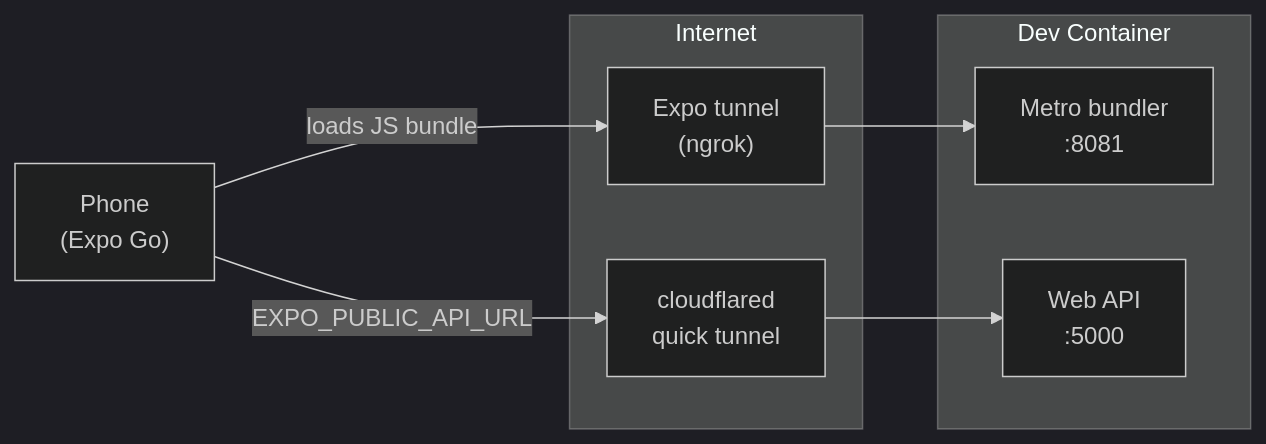
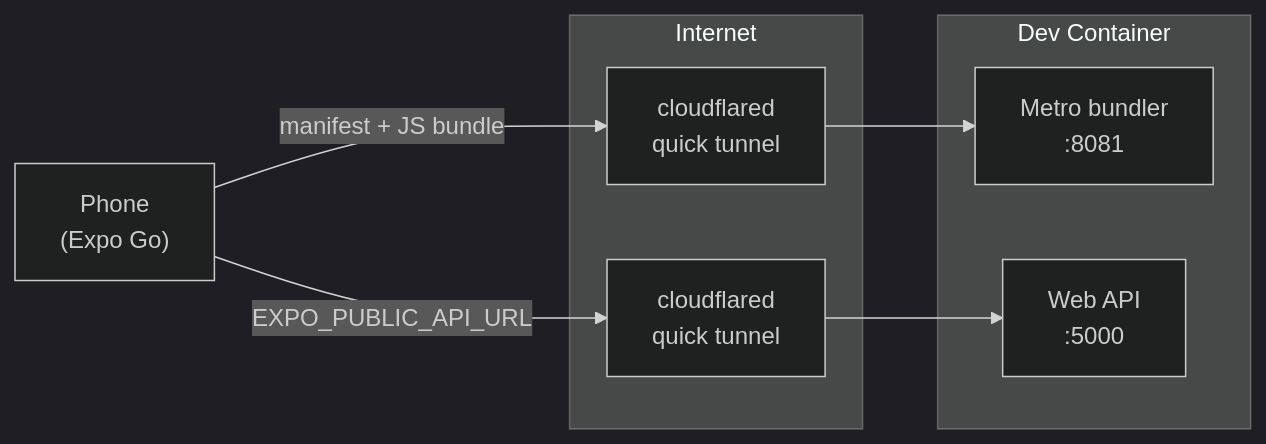
Before and after one commit to SpencerAWill/dx-with-dev-containers: the diagram in apps/mobile/README.md, drawn with Mermaid (dark theme). The commit also changed other lines of this file and 5 other files, not shown here.

First line of the commit message:
feat: tunnel Metro through cloudflared, and run the worker with dotnet run

````diff
--- a/apps/mobile/README.md
+++ b/apps/mobile/README.md
@@ -19,17 +20,17 @@
 ```mermaid
 graph LR
     Phone["Phone<br/>(Expo Go)"]
 
     subgraph Internet
-        ExpoTunnel["Expo tunnel<br/>(ngrok)"]
-        CfTunnel["cloudflared<br/>quick tunnel"]
+        CfMetro["cloudflared<br/>quick tunnel"]
+        CfApi["cloudflared<br/>quick tunnel"]
     end
 
     subgraph Dev Container
         Metro["Metro bundler<br/>:8081"]
         API["Web API<br/>:5000"]
     end
 
-    Phone -->|"loads JS bundle"| ExpoTunnel --> Metro
-    Phone -->|"EXPO_PUBLIC_API_URL"| CfTunnel --> API
+    Phone -->|"manifest + JS bundle"| CfMetro --> Metro
+    Phone -->|"EXPO_PUBLIC_API_URL"| CfApi --> API
 ```
````
